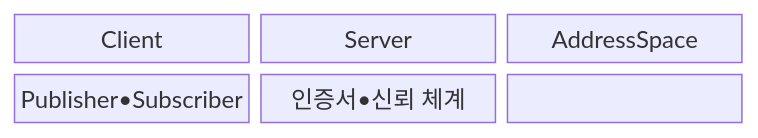
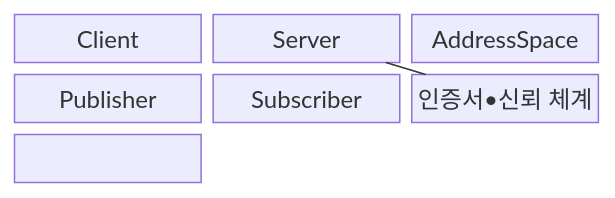
The first of 2 diagrams in src/content/docs/notes/08-latest-tech/202_opc_unified_architecture.md (agnusdei1207/knowledge-base), drawn with Mermaid before and after one commit. The commit also changed other lines of this file and 20 other files, not shown here.

````diff
--- a/src/content/docs/notes/08-latest-tech/202_opc_unified_architecture.md
+++ b/src/content/docs/notes/08-latest-tech/202_opc_unified_architecture.md
@@ -68,11 +72,13 @@
 ```mermaid
 block-beta
   columns 3
   N0["Client"]
   N1["Server"]
   N2["AddressSpace"]
-  N3["Publisher•Subscriber"]
-  N4["인증서•신뢰 체계"]
+  N3["Publisher"]
+  N4["Subscriber"]
+  N5["인증서•신뢰 체계"]
   N0 --- N1 --- N2
   N2 --- N3 --- N4
+  N1 --- N5
 ```
````
